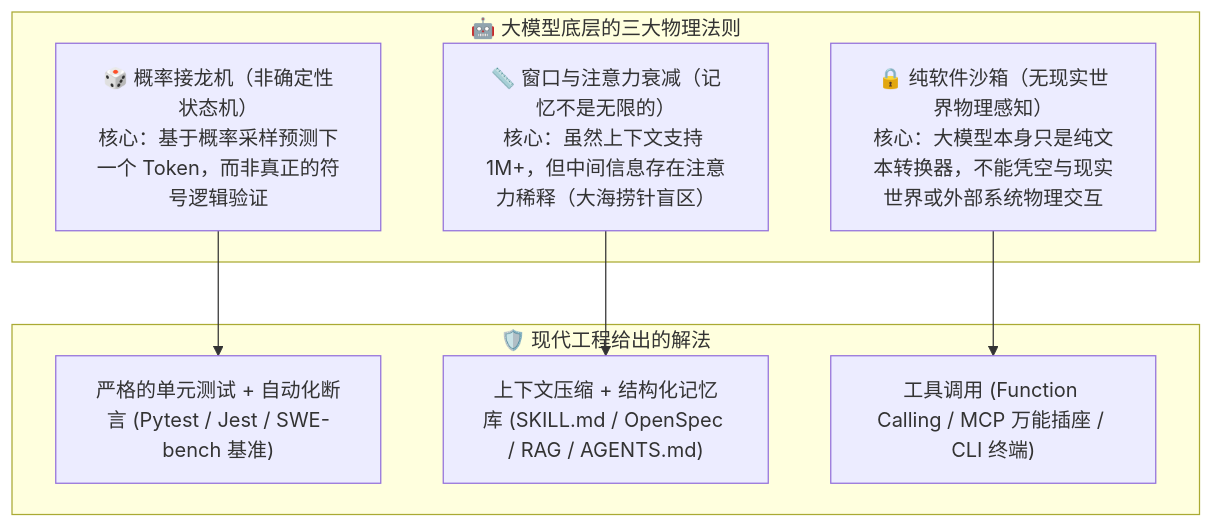
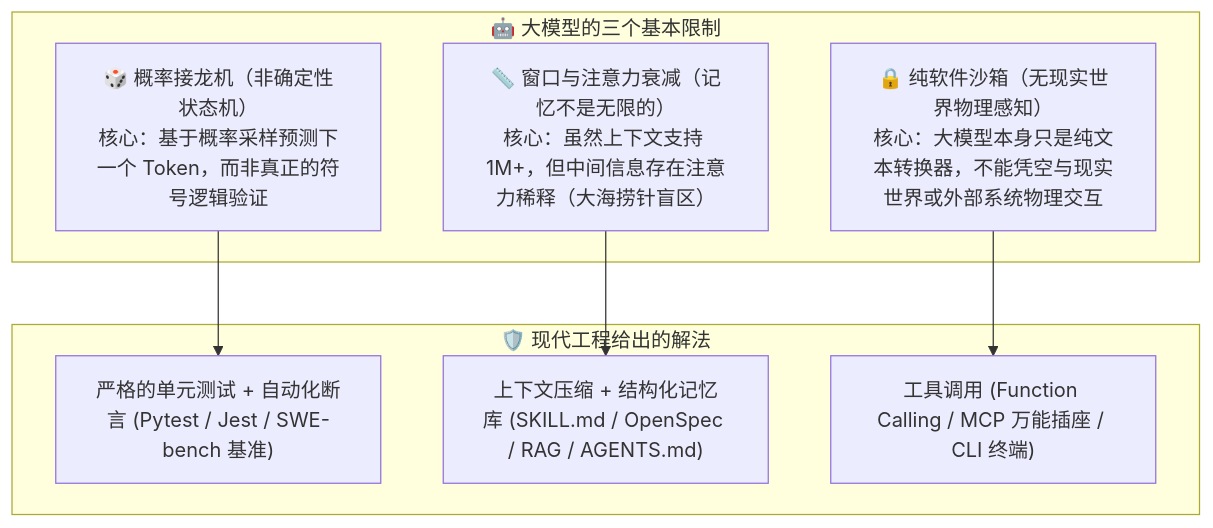
One commit to buffer121328/vibe-coding-and-agents changed the first of 4 diagrams in 14_如何正确的使用agent工具/01_认清楚各个AI的界限.md. Above: the diagram before and after it, drawn with Mermaid. The commit also changed other lines of this file and 147 other files, not shown here.

````diff
--- a/14_如何正确的使用agent工具/01_认清楚各个AI的界限.md
+++ b/14_如何正确的使用agent工具/01_认清楚各个AI的界限.md
@@ -14,18 +14,18 @@
 ```mermaid
 flowchart TD
-    subgraph Limits ["🤖 大模型底层的三大物理法则"]
+    subgraph Limits ["🤖 大模型的三个基本限制"]
         L1["🎲 概率接龙机（非确定性状态机）<br/>核心：基于概率采样预测下一个 Token，而非真正的符号逻辑验证"]
         L2["📏 窗口与注意力衰减（记忆不是无限的）<br/>核心：虽然上下文支持 1M+，但中间信息存在注意力稀释（大海捞针盲区）"]
         L3["🔒 纯软件沙箱（无现实世界物理感知）<br/>核心：大模型本身只是纯文本转换器，不能凭空与现实世界或外部系统物理交互"]
     end
 
     subgraph Solution ["🛡️ 现代工程给出的解法"]
         S1["严格的单元测试 + 自动化断言 (Pytest / Jest / SWE-bench 基准)"]
         S2["上下文压缩 + 结构化记忆库 (SKILL.md / OpenSpec / RAG / AGENTS.md)"]
         S3["工具调用 (Function Calling / MCP 万能插座 / CLI 终端)"]
     end
 
     L1 --> S1
     L2 --> S2
     L3 --> S3
 ```
````
